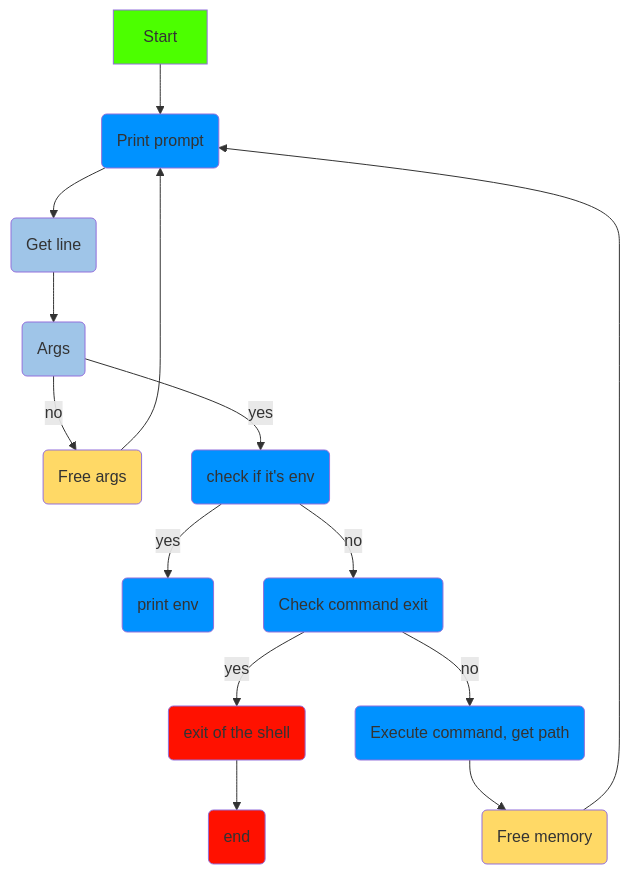
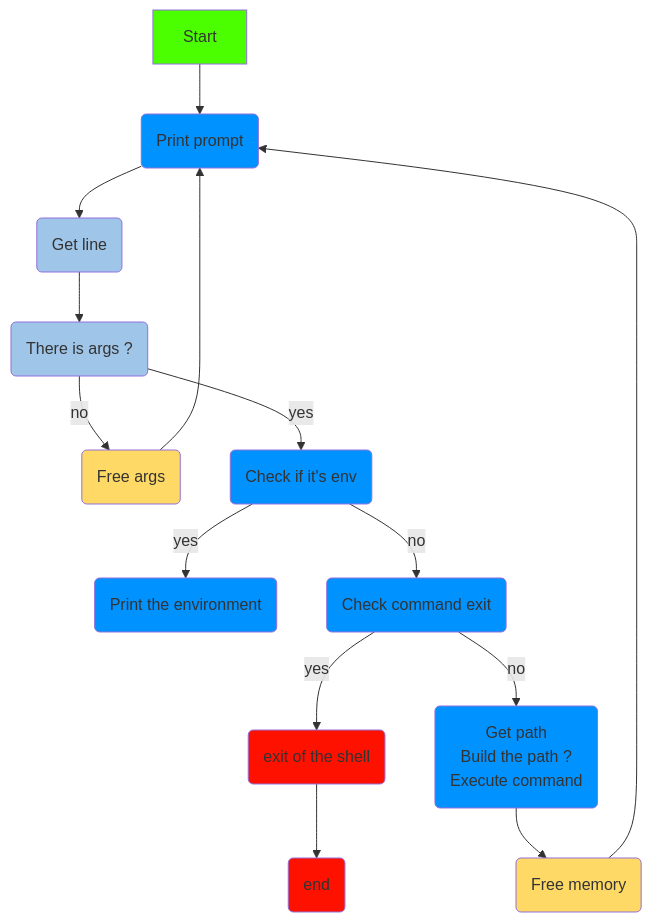
The diagram in README.md (KillianRipoche/holbertonschool-simple_shell), drawn with Mermaid before and after one commit.

Commit message:
Add com in the flowchart

````diff
--- a/README.md
+++ b/README.md
@@ -17,20 +17,39 @@
 ```mermaid
+
 flowchart TD
+
 classDef start fill:#4cff00
+
 classDef fonction fill:#0092ff
+
 classDef return fill:#ff1100
+
 classDef memory fill:#ffd966
+
 classDef function fill:#9fc5e8
+
 A[Start]:::start --> B(Print prompt):::fonction
+
 B --> C(Get line):::function
-C --> D(Args):::function
+
+C --> D(There is args ?):::function
+
 D -- no --> E(Free args):::memory
-D -- yes --> F(check if it's env):::fonction
-F -- yes --> G(print env):::fonction
+
+D -- yes --> F(Check if it's env):::fonction
+
+F -- yes --> G(Print the environment):::fonction
+
 F -- no --> H(Check command exit):::fonction
+
 H -- yes --> I(exit of the shell):::return --> Z(end):::return
-H -- no --> J(Execute command, get path):::fonction
+
+H -- no --> J(Get path \n Build the path ? \n Execute command):::fonction
+
 J --> K(Free memory):::memory
+
 K --> B
+
 E --> B
+
 ```
````
